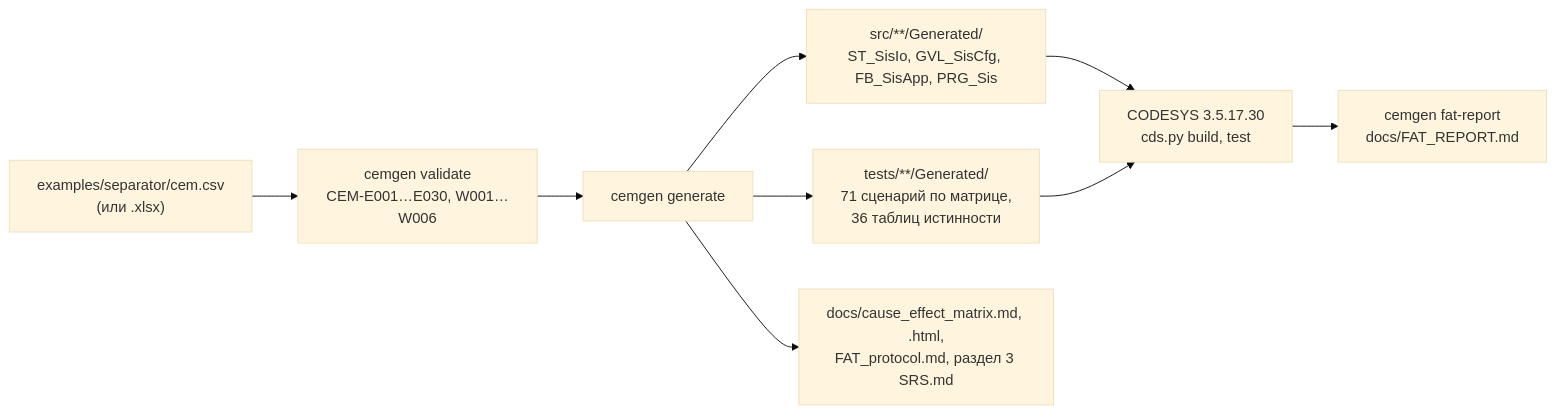
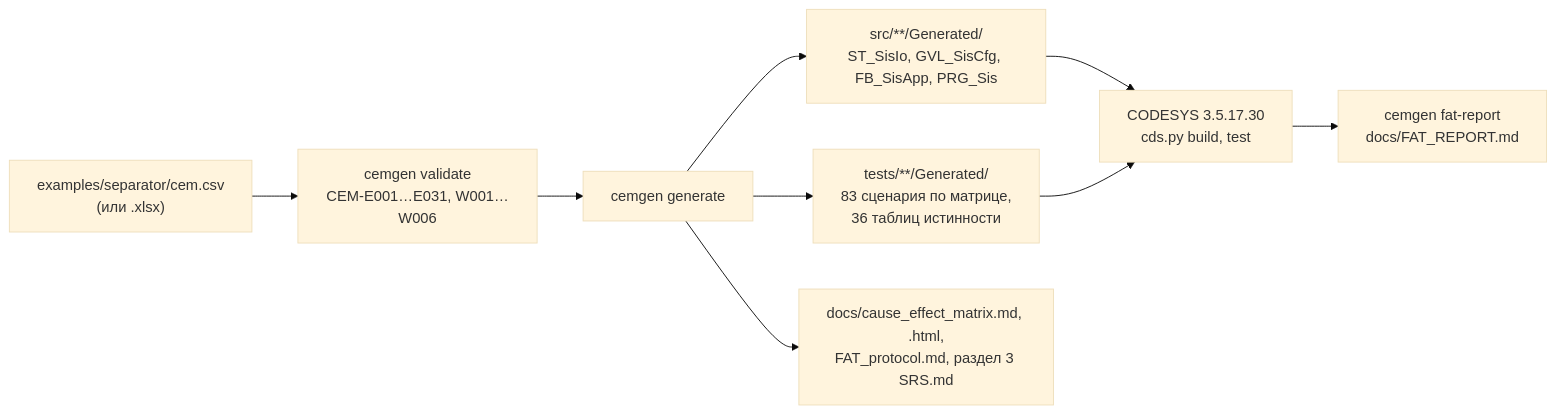
One commit to kr0nsch/sis-interlock-demo changed the second of 2 diagrams in README.md. Above: the diagram before and after it, drawn with Mermaid (base theme). The commit also changed other lines of this file and 383 other files, not shown here.

````diff
--- a/README.md
+++ b/README.md
@@ -78,11 +78,11 @@
 ```mermaid
 flowchart LR
-    csv["examples/separator/cem.csv<br/>(или .xlsx)"] --> val["cemgen validate<br/>CEM-E001…E030, W001…W006"]
+    csv["examples/separator/cem.csv<br/>(или .xlsx)"] --> val["cemgen validate<br/>CEM-E001…E031, W001…W006"]
     val --> gen["cemgen generate"]
     gen --> st["src/**/Generated/<br/>ST_SisIo, GVL_SisCfg, FB_SisApp, PRG_Sis"]
-    gen --> tests["tests/**/Generated/<br/>71 сценарий по матрице,<br/>36 таблиц истинности"]
+    gen --> tests["tests/**/Generated/<br/>83 сценария по матрице,<br/>36 таблиц истинности"]
     gen --> docs["docs/cause_effect_matrix.md, .html,<br/>FAT_protocol.md, раздел 3 SRS.md"]
     st --> cds["CODESYS 3.5.17.30<br/>cds.py build, test"]
     tests --> cds
     cds --> rep["cemgen fat-report<br/>docs/FAT_REPORT.md"]
 ```
````
